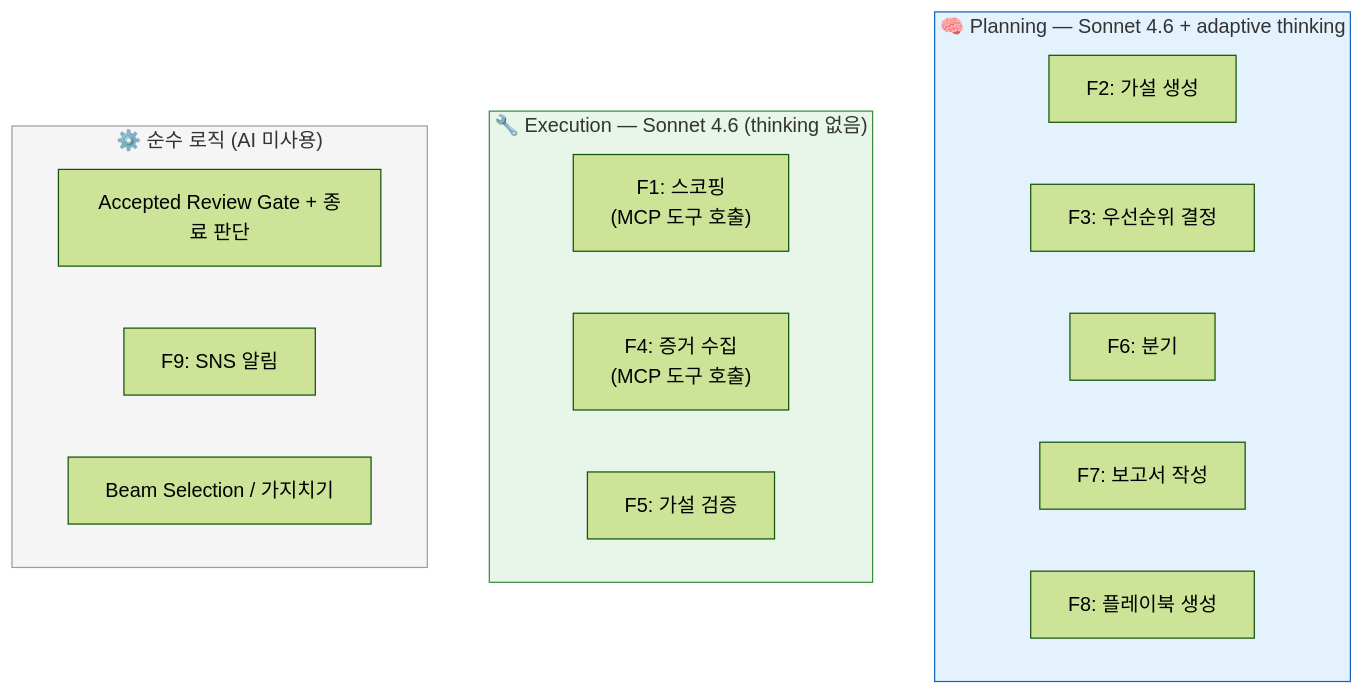
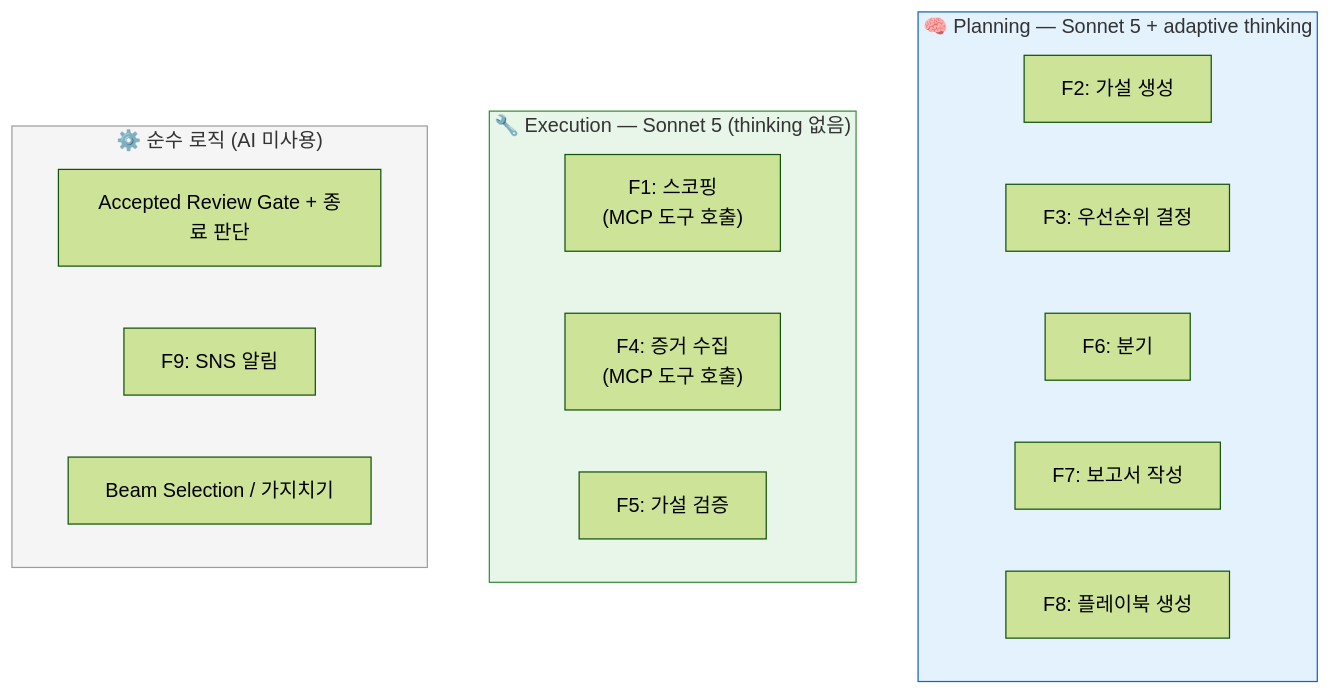
One commit to haandol/rca-agent changed the eighth of 22 diagrams in docs/system-guide-for-ops.md. Above: the diagram before and after it, drawn with Mermaid (forest theme). The commit also changed other lines of this file and 9 other files, not shown here.

````diff
--- a/docs/system-guide-for-ops.md
+++ b/docs/system-guide-for-ops.md
@@ -363,26 +363,26 @@
 ```mermaid
 graph TB
-    subgraph Planning["🧠 Planning — Sonnet 4.6 + adaptive thinking"]
+    subgraph Planning["🧠 Planning — Sonnet 5 + adaptive thinking"]
         P1["F2: 가설 생성"]
         P2["F3: 우선순위 결정"]
         P4["F6: 분기"]
         P5["F7: 보고서 작성"]
         P6["F8: 플레이북 생성"]
     end
 
-    subgraph Execution["🔧 Execution — Sonnet 4.6 (thinking 없음)"]
+    subgraph Execution["🔧 Execution — Sonnet 5 (thinking 없음)"]
         E1["F1: 스코핑<br/>(MCP 도구 호출)"]
         E2["F4: 증거 수집<br/>(MCP 도구 호출)"]
         E3["F5: 가설 검증"]
     end
 
     subgraph NoLLM["⚙️ 순수 로직 (AI 미사용)"]
         N1["Accepted Review Gate + 종료 판단"]
         N2["F9: SNS 알림"]
         N3["Beam Selection / 가지치기"]
     end
 
     style Planning fill:#e3f2fd,stroke:#1565c0
     style Execution fill:#e8f5e9,stroke:#388e3c
     style NoLLM fill:#f5f5f5,stroke:#9e9e9e
 ```
````
